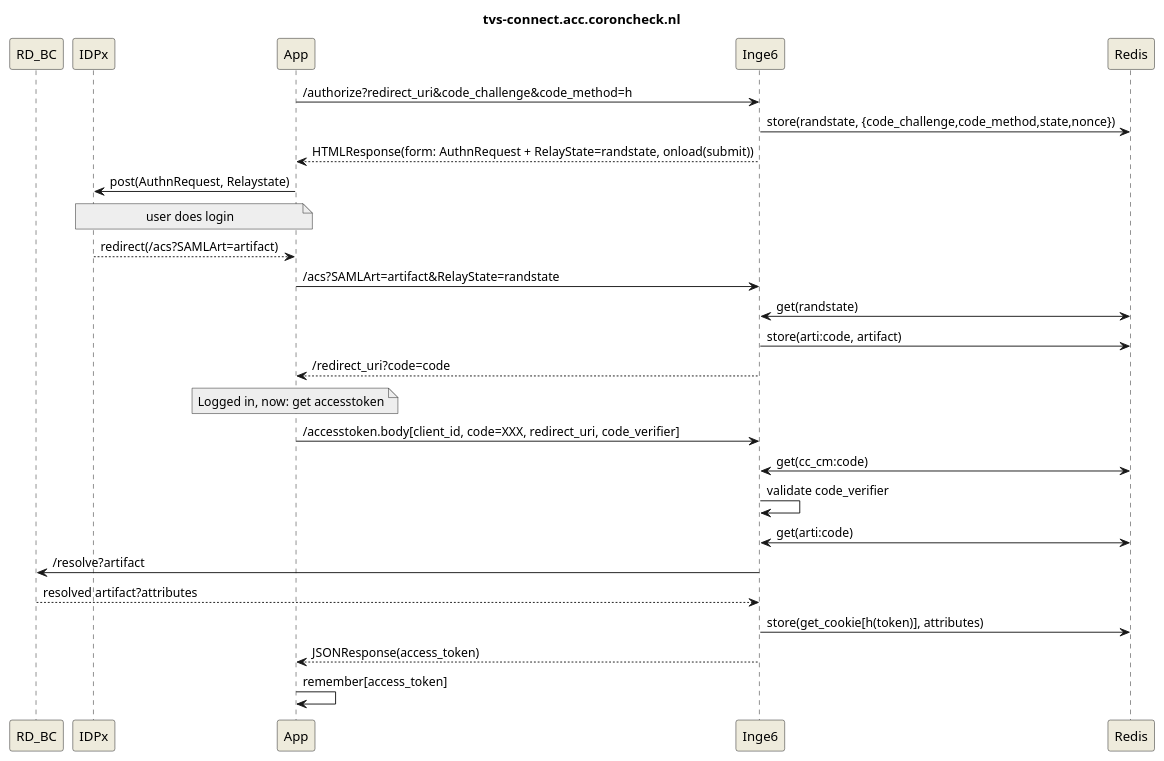
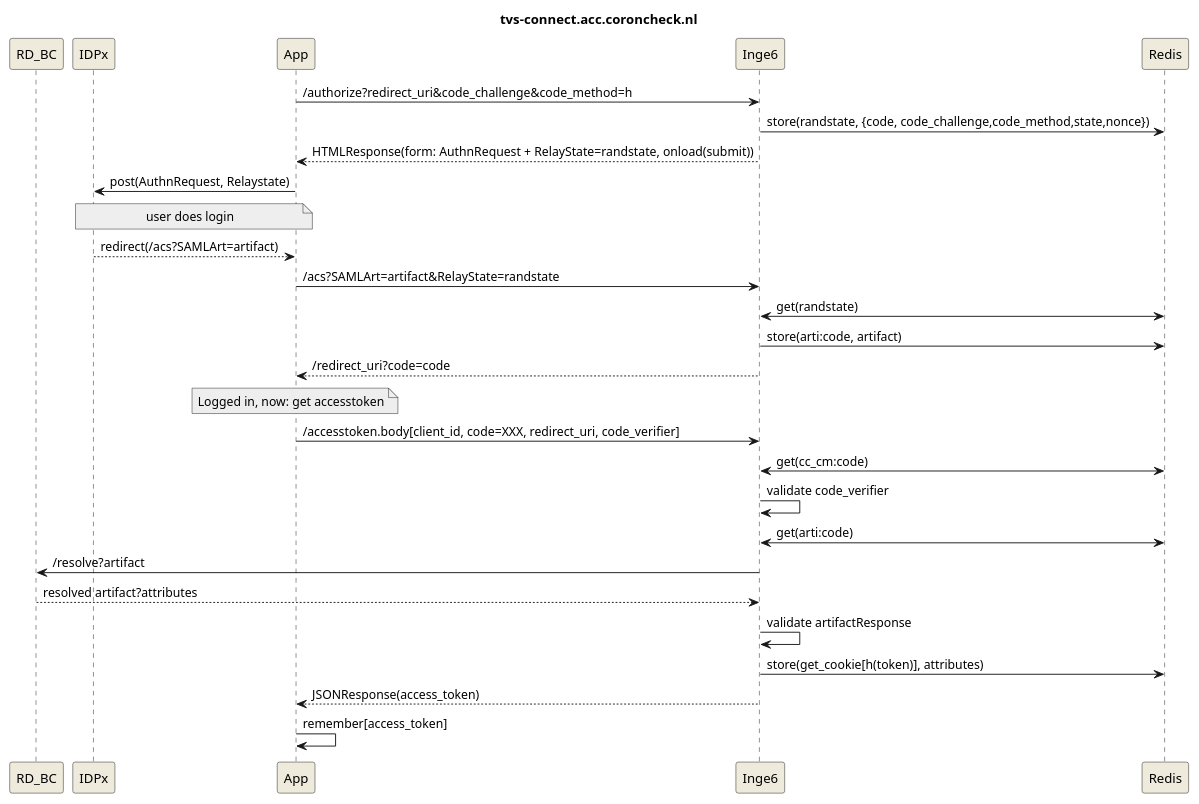
The diagram in docs/tvs-oidc-puml.wsd (minvws/nl-rdo-max), drawn with PlantUML before and after one commit.

Commit message:
update saml doc image

```diff
--- a/docs/tvs-oidc-puml.wsd
+++ b/docs/tvs-oidc-puml.wsd
@@ -1,39 +1,40 @@
 @startuml
 title tvs-connect.acc.coroncheck.nl
 
 skinparam backgroundColor white
 skinparam participantBackgroundColor #EEEBDC
 skinparam noteBackgroundColor #EEE
 
 participant RD_BC
 participant IDPx
 participant App
 
 App->Inge6:/authorize?redirect_uri&code_challenge&code_method=h
-Inge6->Redis:store(randstate, {code_challenge,code_method,state,nonce})
+Inge6->Redis:store(randstate, {code, code_challenge,code_method,state,nonce})
 Inge6-->App:HTMLResponse(form: AuthnRequest + RelayState=randstate, onload(submit))
 
 App->IDPx:post(AuthnRequest, Relaystate)
 note over App, IDPx:user does login
 IDPx-->App:redirect(/acs?SAMLArt=artifact)
 App->Inge6:/acs?SAMLArt=artifact&RelayState=randstate
 
 Inge6<->Redis:get(randstate)
 
 Inge6->Redis:store(arti:code, artifact)
 Inge6-->App:/redirect_uri?code=code
 
 note over App: Logged in, now: get accesstoken
 App->Inge6:/accesstoken.body[client_id, code=XXX, redirect_uri, code_verifier]
 Redis<->Inge6:get(cc_cm:code)
 Inge6->Inge6:validate code_verifier
 
 Redis<->Inge6:get(arti:code)
 Inge6->RD_BC:/resolve?artifact
 Inge6<--RD_BC:resolved artifact?attributes
+Inge6->Inge6:validate artifactResponse
 
 Inge6->Redis:store(get_cookie[h(token)], attributes)
 
 Inge6-->App:JSONResponse(access_token)
 App->App:remember[access_token]
 @enduml
```
